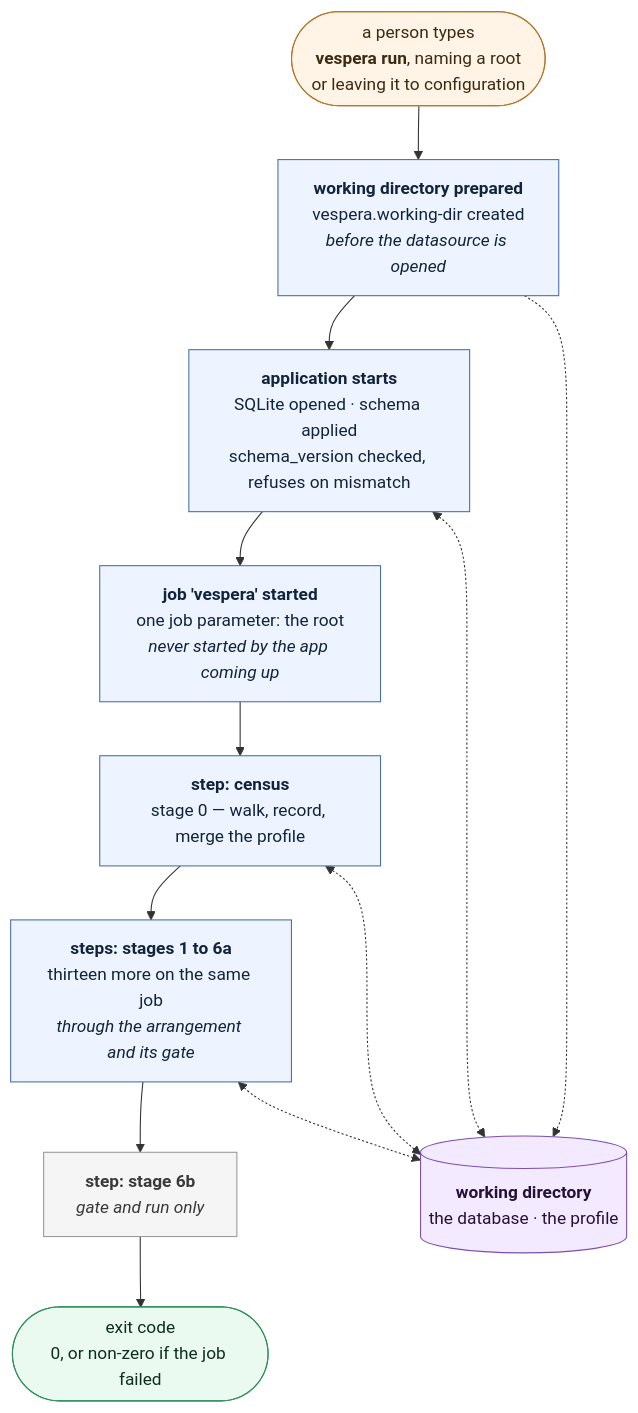
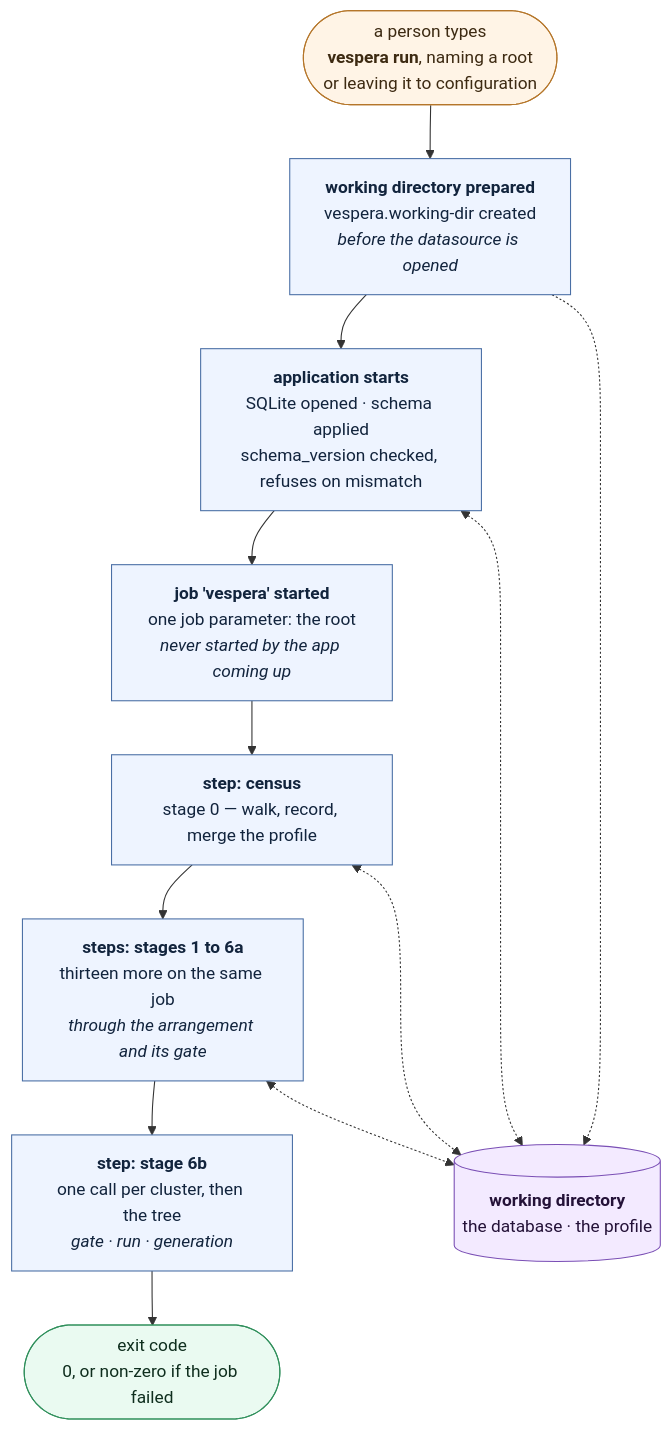
The fifth of 6 diagrams in docs/architecture.md (algernon28/vespera), drawn with Mermaid before and after one commit. The commit also changed other lines of this file and 4 other files, not shown here.

````diff
--- a/docs/architecture.md
+++ b/docs/architecture.md
@@ -244,32 +243,30 @@
 ```mermaid
 flowchart TD
     OP(["a person types<br/><b>vespera run</b>, naming a root<br/>or leaving it to configuration"])
     PREP["<b>working directory prepared</b><br/>vespera.working-dir created<br/><i>before the datasource is opened</i>"]
     BOOT["<b>application starts</b><br/>SQLite opened · schema applied<br/>schema_version checked, refuses on mismatch"]
     JOB["<b>job 'vespera' started</b><br/>one job parameter: the root<br/><i>never started by the app coming up</i>"]
     S0["<b>step: census</b><br/>stage 0 — walk, record, merge the profile"]
     LATER["<b>steps: stages 1 to 6a</b><br/>thirteen more on the same job<br/><i>through the arrangement and its gate</i>"]
-    S6BSTEP["<b>step: stage 6b</b><br/><i>gate and run only</i>"]
+    S6BSTEP["<b>step: stage 6b</b><br/>one call per cluster, then the tree<br/><i>gate · run · generation</i>"]
     EXIT(["exit code<br/>0, or non-zero if the job failed"])
 
 
     STORE[("<b>working directory</b><br/>the database · the profile")]
 
     OP --> PREP --> BOOT --> JOB --> S0 --> LATER --> S6BSTEP --> EXIT
 
     PREP -.-> STORE
     BOOT <-.-> STORE
     S0 <-.-> STORE
     LATER <-.-> STORE
 
     classDef human fill:#fff4e6,stroke:#b5762a,color:#3d2a12
     classDef step fill:#eef4ff,stroke:#4a6fa5,color:#12243d
-    classDef later fill:#f5f5f5,stroke:#9a9a9a,color:#3a3a3a
     classDef store fill:#f3eaff,stroke:#7a4fb5,color:#241238
     classDef out fill:#eafaf1,stroke:#2f8f5b,color:#0f2e1e
     class OP human
-    class PREP,BOOT,JOB,S0,LATER step
-    class S6BSTEP later
+    class PREP,BOOT,JOB,S0,LATER,S6BSTEP step
     class STORE store
     class EXIT out
 ```
````
